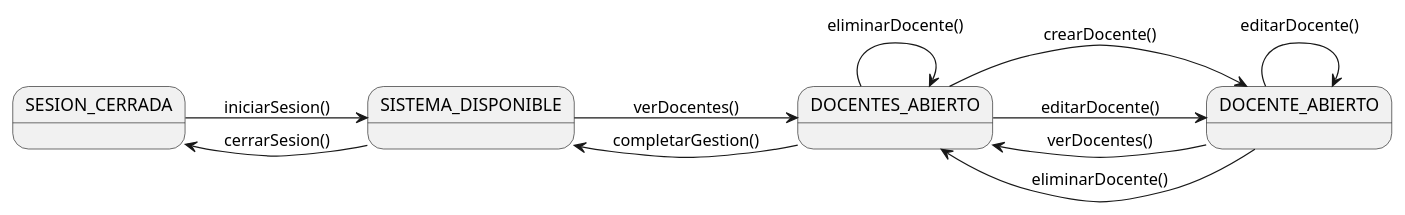
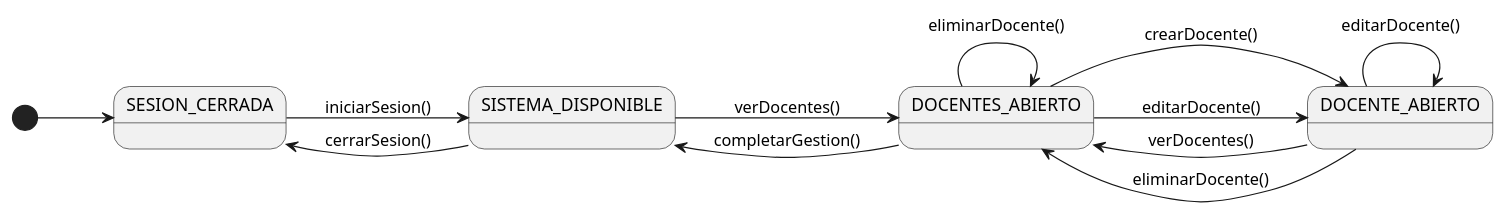
One commit to martinlopez7/25-26-IdSw1-SdR changed the diagram in documents/casos-de-uso/diagramasDeContexto/diagramaDeContextoAdministradorInstitucional/diagramaContexto.puml. Above: the diagram before and after it, drawn with PlantUML. The commit also changed other lines of this file and 8 other files, not shown here.

```diff
--- a/documents/casos-de-uso/diagramasDeContexto/diagramaDeContextoAdministradorInstitucional/diagramaContexto.puml
+++ b/documents/casos-de-uso/diagramasDeContexto/diagramaDeContextoAdministradorInstitucional/diagramaContexto.puml
@@ -1,29 +1,29 @@
 @startuml
 
 left to right direction
 
 'Estados'
 
 state "SESION_CERRADA" as NoAuth
 state "SISTEMA_DISPONIBLE" as Menu
 
 state "DOCENTES_ABIERTO" as ListDocentes
 state "DOCENTE_ABIERTO" as EditDocentes
 
 'Modulo sesion'
-
+[*] --> NoAuth
 NoAuth --> Menu : iniciarSesion()
 Menu --> NoAuth : cerrarSesion()
 
 'Modulo profesores'
 
 Menu --> ListDocentes: verDocentes()
 ListDocentes --> EditDocentes: crearDocente()
 ListDocentes --> EditDocentes: editarDocente()
 ListDocentes --> ListDocentes: eliminarDocente()
 EditDocentes --> EditDocentes: editarDocente()
 EditDocentes --> ListDocentes: verDocentes()
 EditDocentes --> ListDocentes: eliminarDocente()
 ListDocentes --> Menu: completarGestion()
 
 @enduml
```
